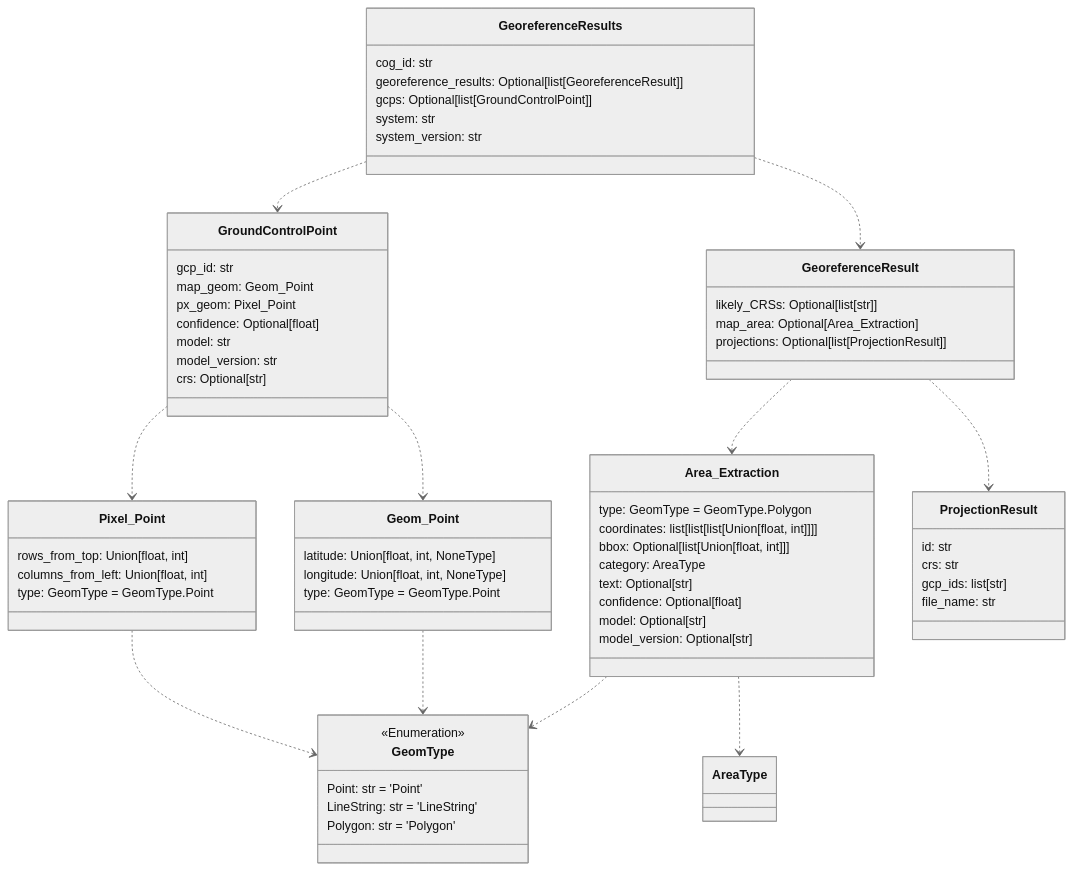
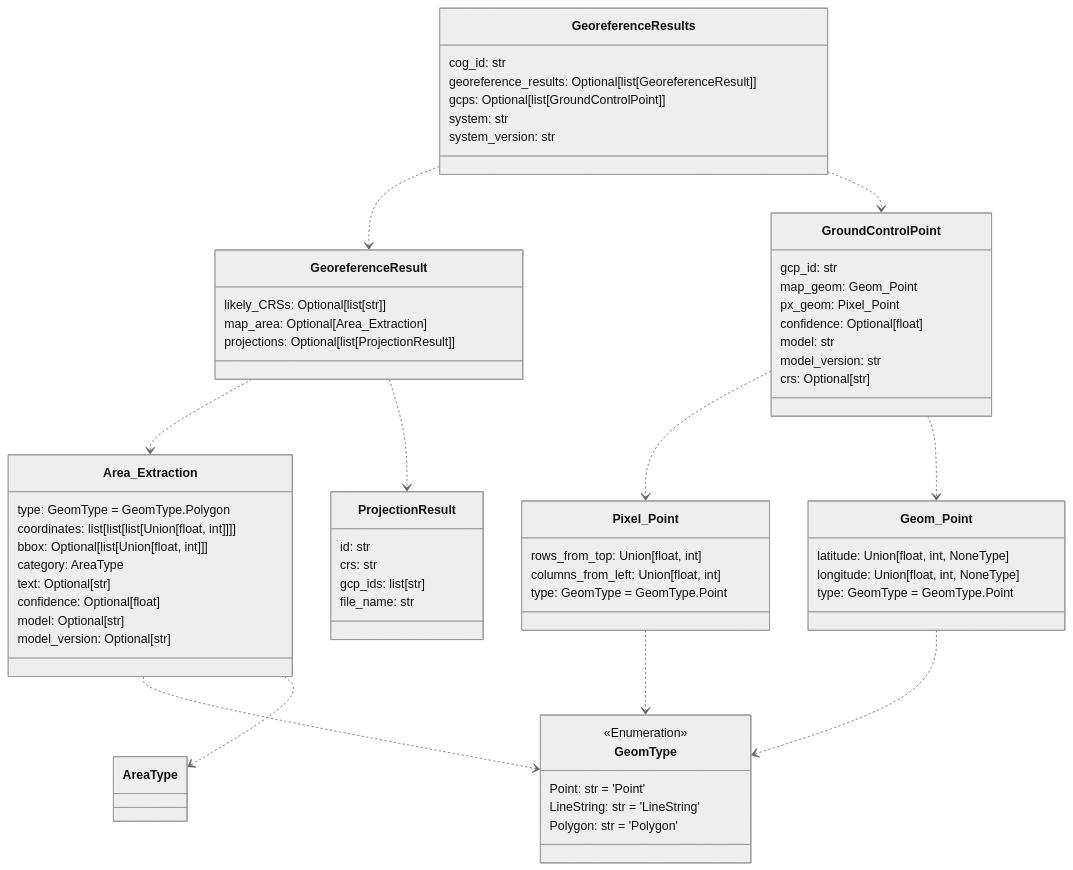
One commit to DARPA-CRITICALMAAS/cdr_schemas changed the first of 6 diagrams in README.md. Above: the diagram before and after it, drawn with Mermaid (neutral theme). The commit also changed other lines of this file, not shown here.

````diff
--- a/README.md
+++ b/README.md
@@ -50,77 +50,77 @@
 ```mermaid
 classDiagram
 
-    class GeoreferenceResults {
-        cog_id: str
-        georeference_results: Optional[list[GeoreferenceResult]]
-        gcps: Optional[list[GroundControlPoint]]
-        system: str
-        system_version: str
+    class Pixel_Point {
+        rows_from_top: Union[float, int]
+        columns_from_left: Union[float, int]
+        type: GeomType = GeomType.Point
+    }
+
+    class GeomType {
+        <<Enumeration>>
+        Point: str = 'Point'
+        LineString: str = 'LineString'
+        Polygon: str = 'Polygon'
     }
 
     class Area_Extraction {
         type: GeomType = GeomType.Polygon
         coordinates: list[list[list[Union[float, int]]]]
         bbox: Optional[list[Union[float, int]]]
         category: AreaType
         text: Optional[str]
         confidence: Optional[float]
         model: Optional[str]
         model_version: Optional[str]
     }
 
+    class GeoreferenceResult {
+        likely_CRSs: Optional[list[str]]
+        map_area: Optional[Area_Extraction]
+        projections: Optional[list[ProjectionResult]]
+    }
+
     class ProjectionResult {
         id: str
         crs: str
         gcp_ids: list[str]
         file_name: str
     }
 
-    class GeomType {
-        <<Enumeration>>
-        Point: str = 'Point'
-        LineString: str = 'LineString'
-        Polygon: str = 'Polygon'
+    class GeoreferenceResults {
+        cog_id: str
+        georeference_results: Optional[list[GeoreferenceResult]]
+        gcps: Optional[list[GroundControlPoint]]
+        system: str
+        system_version: str
     }
 
     class GroundControlPoint {
         gcp_id: str
         map_geom: Geom_Point
         px_geom: Pixel_Point
         confidence: Optional[float]
         model: str
         model_version: str
         crs: Optional[str]
-    }
-
-    class GeoreferenceResult {
-        likely_CRSs: Optional[list[str]]
-        map_area: Optional[Area_Extraction]
-        projections: Optional[list[ProjectionResult]]
-    }
-
-    class Pixel_Point {
-        rows_from_top: Union[float, int]
-        columns_from_left: Union[float, int]
-        type: GeomType = GeomType.Point
     }
 
     class Geom_Point {
         latitude: Union[float, int, NoneType]
         longitude: Union[float, int, NoneType]
         type: GeomType = GeomType.Point
     }
 
     Area_Extraction ..> GeomType
     Area_Extraction ..> AreaType
     Geom_Point ..> GeomType
     Pixel_Point ..> GeomType
     GroundControlPoint ..> Pixel_Point
     GroundControlPoint ..> Geom_Point
     GeoreferenceResult ..> Area_Extraction
     GeoreferenceResult ..> ProjectionResult
+    GeoreferenceResults ..> GeoreferenceResult
     GeoreferenceResults ..> GroundControlPoint
-    GeoreferenceResults ..> GeoreferenceResult
 
 
 ```
````
